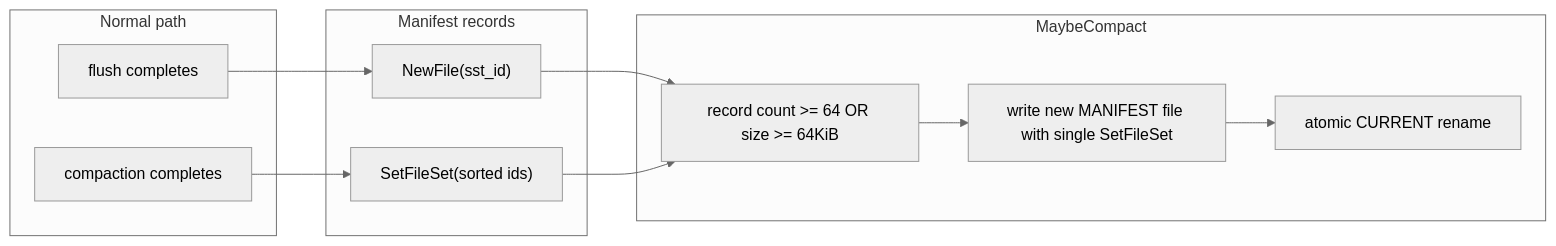
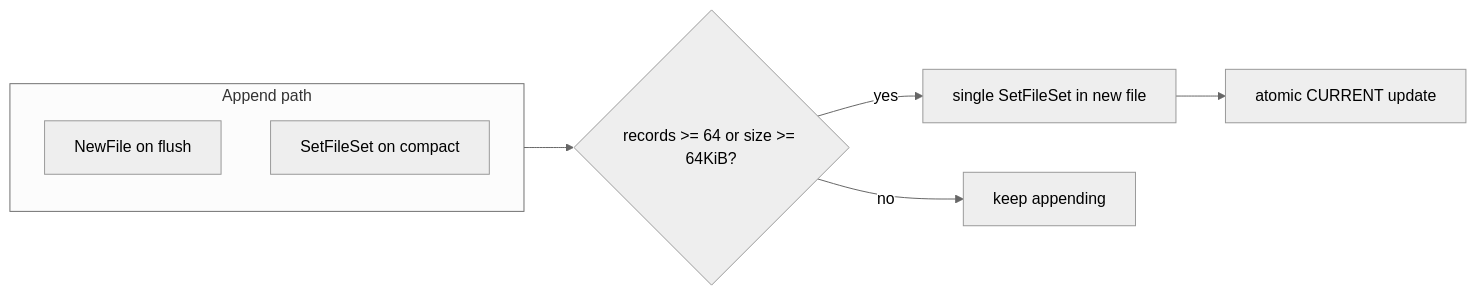
One commit to RUDRA-PRATAP-SINGH01/PebbleDB changed the second of 2 diagrams in docs/architecture/MANIFEST_DESIGN.md. Above: the diagram before and after it, drawn with Mermaid (neutral theme). The commit also changed other lines of this file and 19 other files, not shown here.

````diff
--- a/docs/architecture/MANIFEST_DESIGN.md
+++ b/docs/architecture/MANIFEST_DESIGN.md
@@ -33,21 +129,11 @@
 ```mermaid
 flowchart LR
-    subgraph Records["Manifest records"]
-        NF["NewFile(sst_id)"]
-        SF["SetFileSet(sorted ids)"]
+    subgraph grow [Append path]
+        NF[NewFile on flush]
+        SF[SetFileSet on compact]
     end
-
-    subgraph Append["Normal path"]
-        FLUSH["flush completes"] --> NF
-        COMPACT["compaction completes"] --> SF
-    end
-
-    subgraph Rotate["MaybeCompact"]
-        GROW["record count >= 64 OR size >= 64KiB"]
-        GROW --> SNAP["write new MANIFEST file with single SetFileSet"]
-        SNAP --> CUR["atomic CURRENT rename"]
-    end
-
-    NF --> GROW
-    SF --> GROW
+    grow --> CHECK{records >= 64 or size >= 64KiB?}
+    CHECK -->|yes| SNAP[single SetFileSet in new file]
+    SNAP --> CUR[atomic CURRENT update]
+    CHECK -->|no| APPEND[keep appending]
 ```
````
